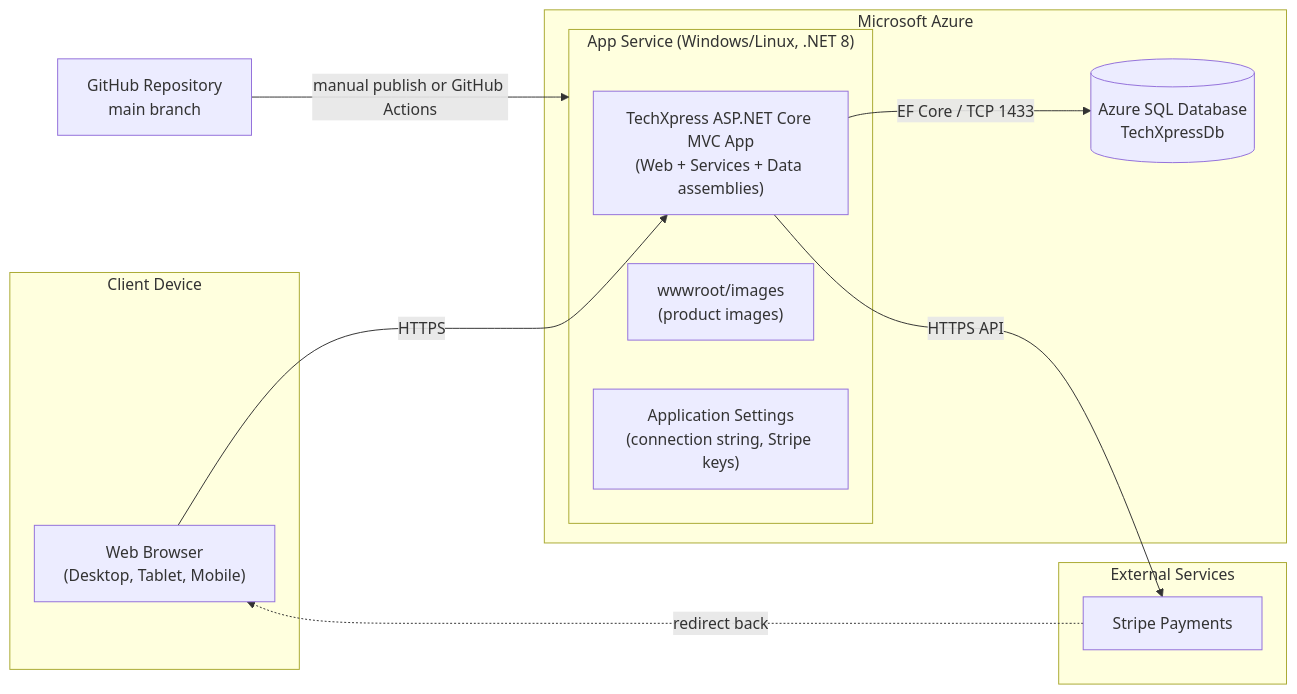
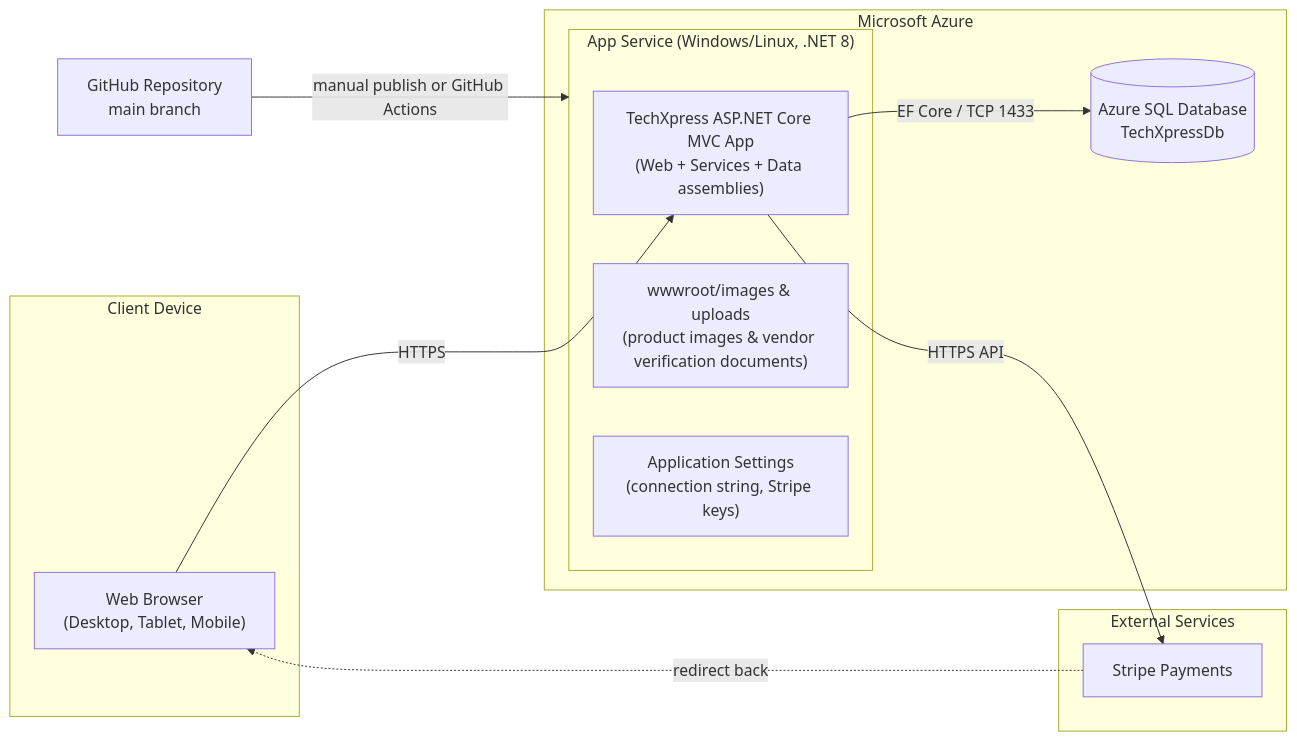
One commit to ahmadalrudiny/Techxpress_DEPI_Project changed the third of 3 diagrams in docs/System-Analysis-Design/01-Problem-Statement-and-Architecture.md. Above: the diagram before and after it, drawn with Mermaid. The commit also changed other lines of this file, not shown here.

````diff
--- a/docs/System-Analysis-Design/01-Problem-Statement-and-Architecture.md
+++ b/docs/System-Analysis-Design/01-Problem-Statement-and-Architecture.md
@@ -115,27 +121,27 @@
 ```mermaid
 flowchart LR
     subgraph Client["Client Device"]
         BR["Web Browser<br/>(Desktop, Tablet, Mobile)"]
     end
 
     subgraph Azure["Microsoft Azure"]
         subgraph APP["App Service (Windows/Linux, .NET 8)"]
             WEBAPP["TechXpress ASP.NET Core MVC App<br/>(Web + Services + Data assemblies)"]
-            IMG["wwwroot/images<br/>(product images)"]
+            IMG["wwwroot/images & uploads<br/>(product images & vendor verification documents)"]
             ENV["Application Settings<br/>(connection string, Stripe keys)"]
         end
         SQL[("Azure SQL Database<br/>TechXpressDb")]
     end
 
     subgraph Ext["External Services"]
         STRIPE["Stripe Payments"]
     end
 
     GH["GitHub Repository<br/>main branch"]
 
     BR -->|HTTPS| WEBAPP
     WEBAPP -->|EF Core / TCP 1433| SQL
     WEBAPP -->|HTTPS API| STRIPE
     STRIPE -.->|redirect back| BR
     GH -->|manual publish or GitHub Actions| APP
 ```
````
